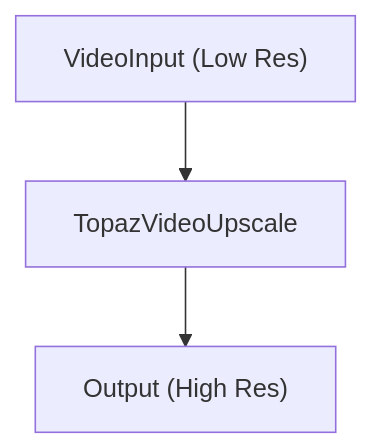
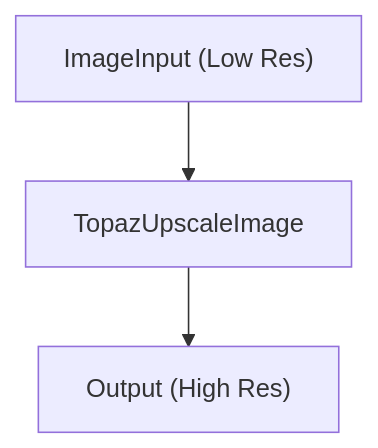
Diagram 16 of 17 in docs/cookbook/patterns.md (nodetool-ai/nodetool), drawn with Mermaid before and after one commit. The commit also changed other lines of this file and 6 other files, not shown here.

```diff
--- a/docs/cookbook/patterns.md
+++ b/docs/cookbook/patterns.md
@@ -546,8 +546,8 @@
 {% mermaid %}
 graph TD
-  video_input["VideoInput (Low Res)"]
+  image_input["ImageInput (Low Res)"]
   output["Output (High Res)"]
-  topaz_upscale["TopazVideoUpscale"]
-  video_input --> topaz_upscale
+  topaz_upscale["TopazUpscaleImage"]
+  image_input --> topaz_upscale
   topaz_upscale --> output
 {% endmermaid %}
```
